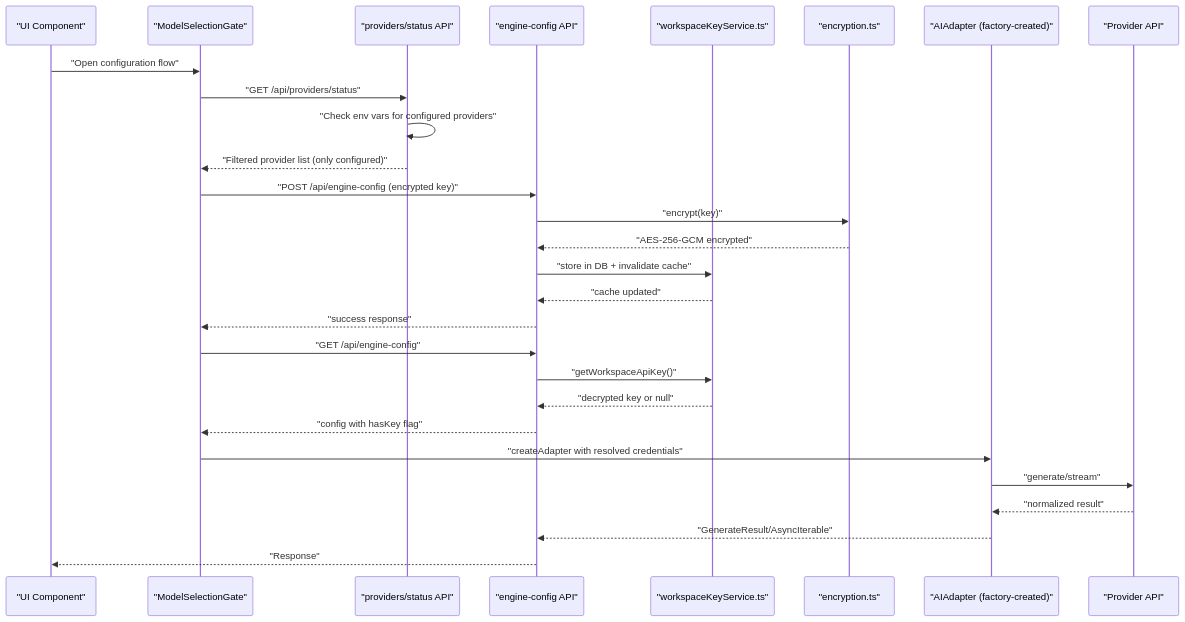
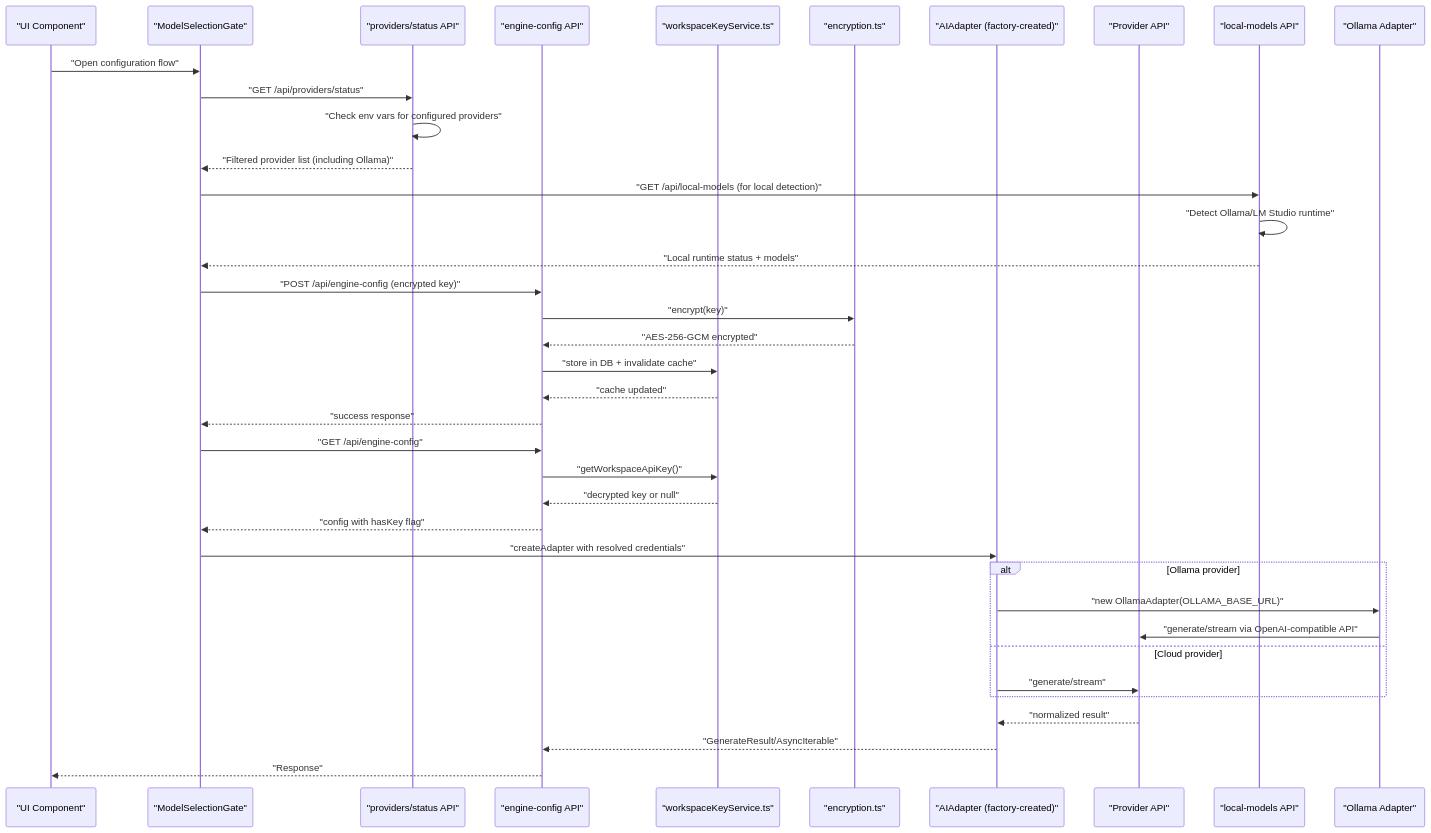
Before and after one commit to shekhargiri005-dotcom/AI-powered-accessibility-first-UI-engine: the second of 11 diagrams in .qoder/repowiki/en/content/AI Generation Engine/AI Provider Adapters/AI Provider Adapters.md, drawn with Mermaid. The commit also changed other lines of this file and 10 other files, not shown here.

````diff
--- a/.qoder/repowiki/en/content/AI Generation Engine/AI Provider Adapters/AI Provider Adapters.md
+++ b/.qoder/repowiki/en/content/AI Generation Engine/AI Provider Adapters/AI Provider Adapters.md
@@ -144,30 +183,40 @@
 ```mermaid
 sequenceDiagram
 participant UI as "UI Component"
 participant MSG as "ModelSelectionGate"
 participant PSTATUS as "providers/status API"
 participant API as "engine-config API"
 participant SEC as "workspaceKeyService.ts"
 participant ENC as "encryption.ts"
 participant ADP as "AIAdapter (factory-created)"
 participant PRV as "Provider API"
+participant LMR as "local-models API"
+participant OLA as "Ollama Adapter"
 UI->>MSG : "Open configuration flow"
 MSG->>PSTATUS : "GET /api/providers/status"
 PSTATUS->>PSTATUS : "Check env vars for configured providers"
-PSTATUS-->>MSG : "Filtered provider list (only configured)"
+PSTATUS-->>MSG : "Filtered provider list (including Ollama)"
+MSG->>LMR : "GET /api/local-models (for local detection)"
+LMR->>LMR : "Detect Ollama/LM Studio runtime"
+LMR-->>MSG : "Local runtime status + models"
 MSG->>API : "POST /api/engine-config (encrypted key)"
 API->>ENC : "encrypt(key)"
 ENC-->>API : "AES-256-GCM encrypted"
 API->>SEC : "store in DB + invalidate cache"
 SEC-->>API : "cache updated"
 API-->>MSG : "success response"
 MSG->>API : "GET /api/engine-config"
 API->>SEC : "getWorkspaceApiKey()"
 SEC-->>API : "decrypted key or null"
 API-->>MSG : "config with hasKey flag"
 MSG->>ADP : "createAdapter with resolved credentials"
+ALT Ollama provider
+ADP->>OLA : "new OllamaAdapter(OLLAMA_BASE_URL)"
+OLA->>PRV : "generate/stream via OpenAI-compatible API"
+ELSE Cloud provider
 ADP->>PRV : "generate/stream"
+END
 PRV-->>ADP : "normalized result"
 ADP-->>API : "GenerateResult/AsyncIterable"
 API-->>UI : "Response"
 ```
````
